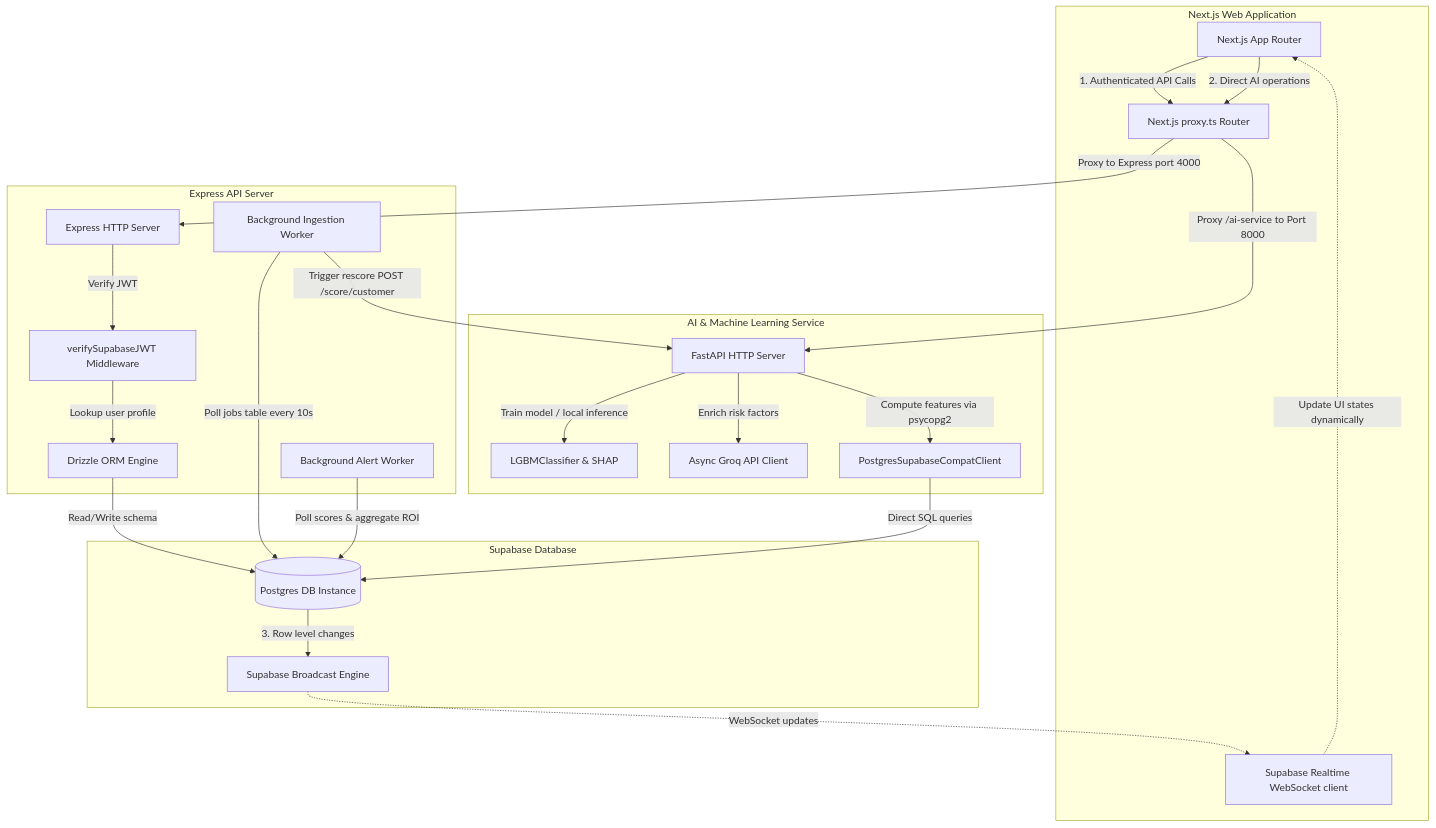
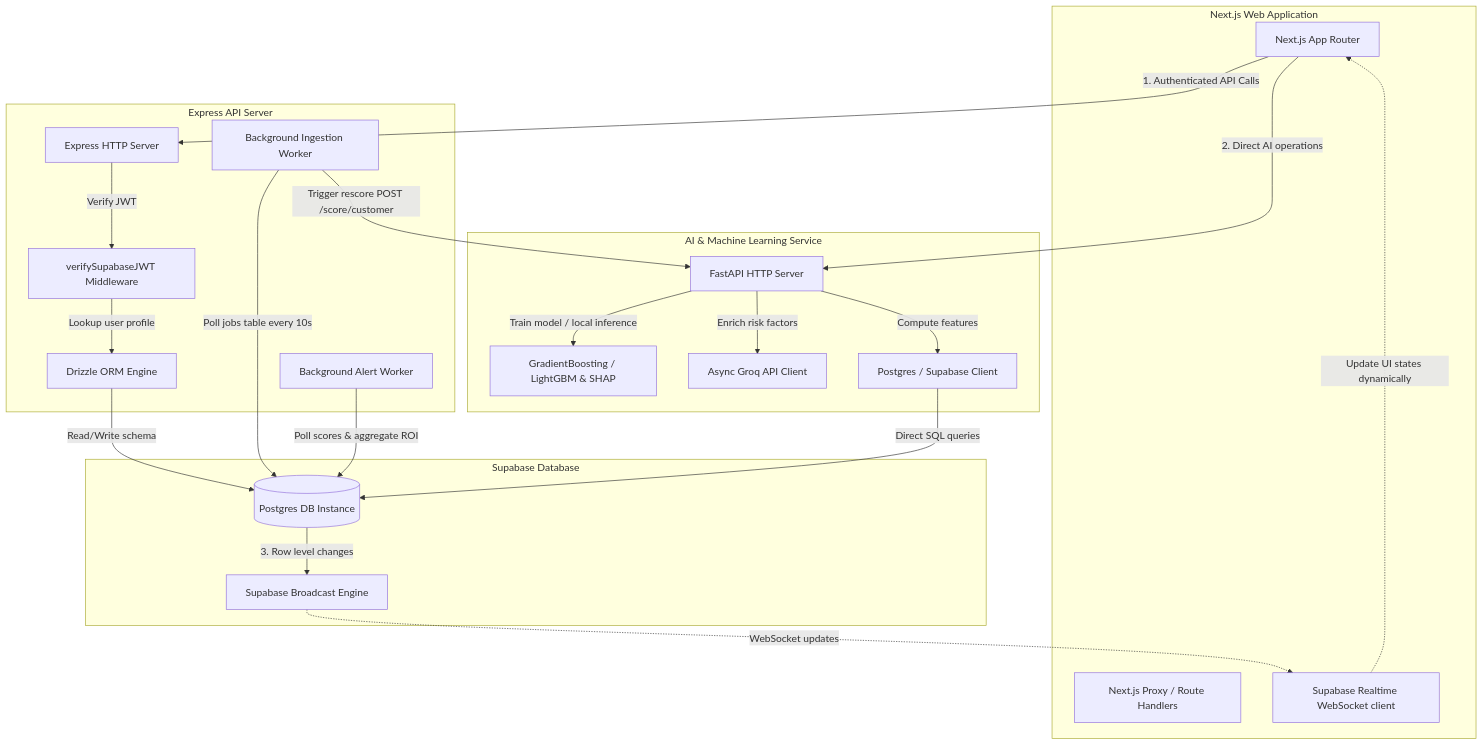
Before and after one commit to apoorvmaurya/retentiq: the diagram in README.md, drawn with Mermaid. The commit also changed other lines of this file and 56 other files, not shown here.

Commit message:
feat: implement ai-service backend, configure CI/CD pipelines, and add comprehensive unit testing for web and api modules.

````diff
--- a/README.md
+++ b/README.md
@@ -45,55 +52,53 @@
 ```mermaid
 graph TD
     %% Frontend Layer
     subgraph Frontend [Next.js Web Application]
         NextApp[Next.js App Router]
-        ProxyRules[Next.js proxy.ts Router]
+        ProxyRules[Next.js Proxy / Route Handlers]
         RealTimeClient[Supabase Realtime WebSocket client]
     end
 
     %% Backend Service Layer
     subgraph NodeAPI [Express API Server]
         ExpServer[Express HTTP Server]
         AuthJWT[verifySupabaseJWT Middleware]
         IngWorker[Background Ingestion Worker]
         AlWorker[Background Alert Worker]
         Drizzle[Drizzle ORM Engine]
     end
 
     %% Python AI Layer
     subgraph PyAI [AI & Machine Learning Service]
         FastAPI[FastAPI HTTP Server]
-        LightGBM[LGBMClassifier & SHAP]
+        LightGBM[GradientBoosting / LightGBM & SHAP]
         GroqClient[Async Groq API Client]
-        PyDBCompat[PostgresSupabaseCompatClient]
+        PyDBCompat[Postgres / Supabase Client]
     end
 
     %% Database Layer
     subgraph DataStore [Supabase Database]
         Postgres[(Postgres DB Instance)]
         RealtimeBroadcast[Supabase Broadcast Engine]
     end
 
     %% Communication Flow
-    NextApp -->|1. Authenticated API Calls| ProxyRules
-    ProxyRules -->|Proxy to Express port 4000| ExpServer
-    NextApp -->|2. Direct AI operations| ProxyRules
-    ProxyRules -->|Proxy /ai-service to Port 8000| FastAPI
+    NextApp -->|1. Authenticated API Calls| ExpServer
+    NextApp -->|2. Direct AI operations| FastAPI
 
     ExpServer -->|Verify JWT| AuthJWT
     AuthJWT -->|Lookup user profile| Drizzle
     Drizzle -->|Read/Write schema| Postgres
 
     IngWorker -->|Poll jobs table every 10s| Postgres
     IngWorker -->|Trigger rescore POST /score/customer| FastAPI
     AlWorker -->|Poll scores & aggregate ROI| Postgres
 
-    FastAPI -->|Compute features via psycopg2| PyDBCompat
+    FastAPI -->|Compute features| PyDBCompat
     PyDBCompat -->|Direct SQL queries| Postgres
     FastAPI -->|Train model / local inference| LightGBM
     FastAPI -->|Enrich risk factors| GroqClient
 
     Postgres -->|3. Row level changes| RealtimeBroadcast
     RealtimeBroadcast -.->|WebSocket updates| RealTimeClient
     RealTimeClient -.->|Update UI states dynamically| NextApp
 ```
````
